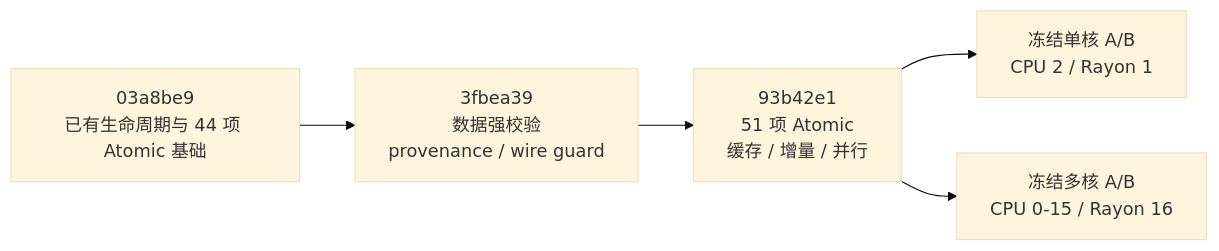
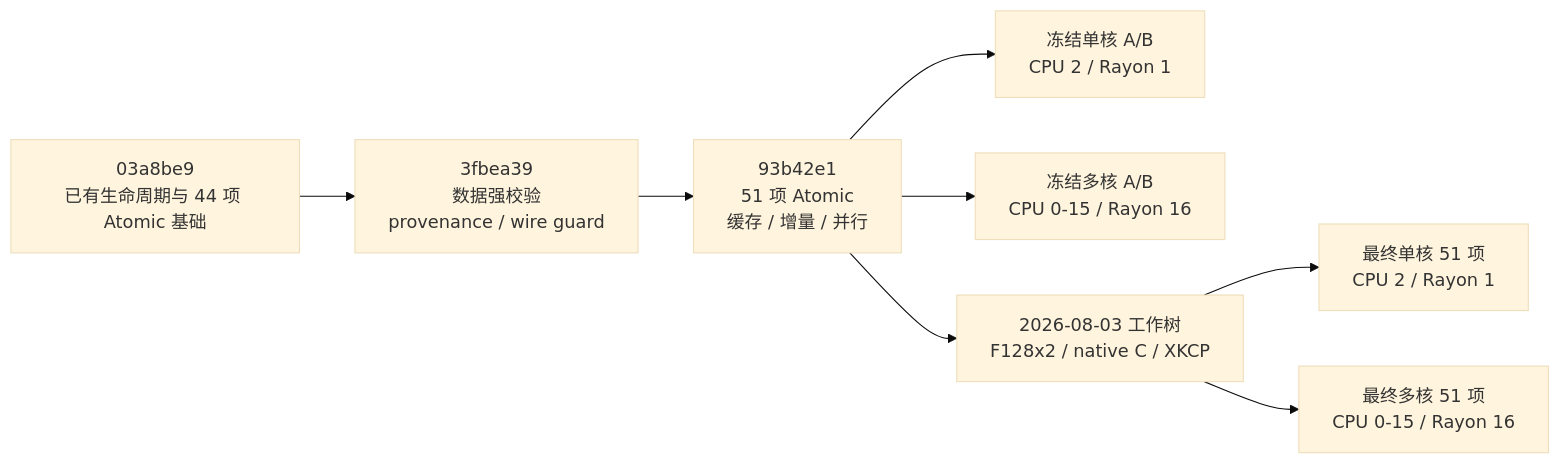
One commit to coperlm/CodeBasedZKPwithVOLEitH_README changed the diagram in src/14_基准可信度与性能优化演进.md. Above: the diagram before and after it, drawn with Mermaid (base theme). The commit also changed other lines of this file, not shown here.

````diff
--- a/src/14_基准可信度与性能优化演进.md
+++ b/src/14_基准可信度与性能优化演进.md
@@ -52,7 +55,10 @@
 ```mermaid
 flowchart LR
     A[03a8be9<br/>已有生命周期与 44 项 Atomic 基础] --> B[3fbea39<br/>数据强校验<br/>provenance / wire guard]
     B --> C[93b42e1<br/>51 项 Atomic<br/>缓存 / 增量 / 并行]
     C --> D[冻结单核 A/B<br/>CPU 2 / Rayon 1]
     C --> E[冻结多核 A/B<br/>CPU 0-15 / Rayon 16]
+    C --> F[2026-08-03 工作树<br/>F128x2 / native C / XKCP]
+    F --> G[最终单核 51 项<br/>CPU 2 / Rayon 1]
+    F --> H[最终多核 51 项<br/>CPU 0-15 / Rayon 16]
 ```
````
